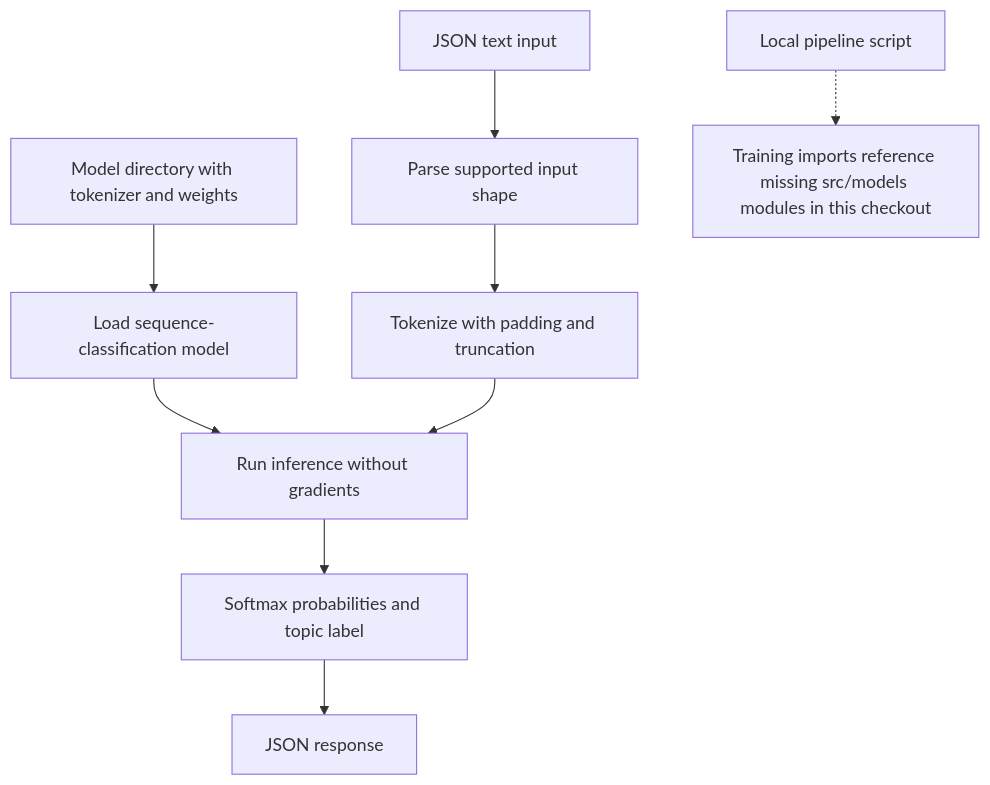
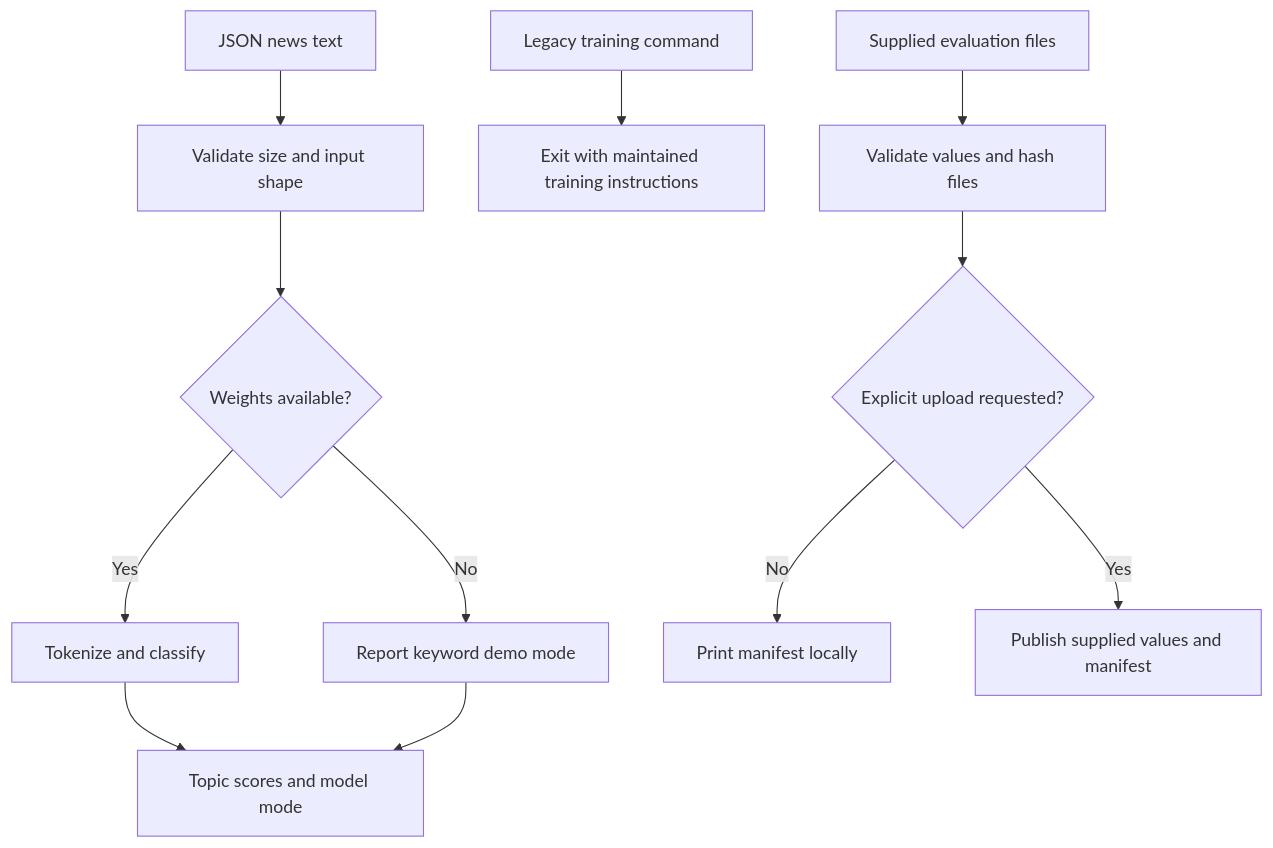
One commit to Zinga18018/NewsSnap changed the diagram in WORKFLOW.md. Above: the diagram before and after it, drawn with Mermaid. The commit also changed other lines of this file and 34 other files, not shown here.

Commit message:
Correct recovered model claims and validate serving artifacts

````diff
--- a/WORKFLOW.md
+++ b/WORKFLOW.md
@@ -9,11 +7,14 @@
 ```mermaid
 flowchart TD
-A["Model directory with tokenizer and weights"] --> B["Load sequence-classification model"]
-    C["JSON text input"] --> D["Parse supported input shape"]
-    D --> E["Tokenize with padding and truncation"]
-    B --> F["Run inference without gradients"]
+    A["JSON news text"] --> B["Validate size and input shape"]
+    B --> C{"Weights available?"}
+    C -->|Yes| D["Tokenize and classify"]
+    C -->|No| E["Report keyword demo mode"]
+    D --> F["Topic scores and model mode"]
     E --> F
-    F --> G["Softmax probabilities and topic label"]
-    G --> H["JSON response"]
-    I["Local pipeline script"] -.-> J["Training imports reference missing src/models modules in this checkout"]
+    G["Legacy training command"] --> H["Exit with maintained training instructions"]
+    I["Supplied evaluation files"] --> J["Validate values and hash files"]
+    J --> K{"Explicit upload requested?"}
+    K -->|No| L["Print manifest locally"]
+    K -->|Yes| M["Publish supplied values and manifest"]
 ```
````
